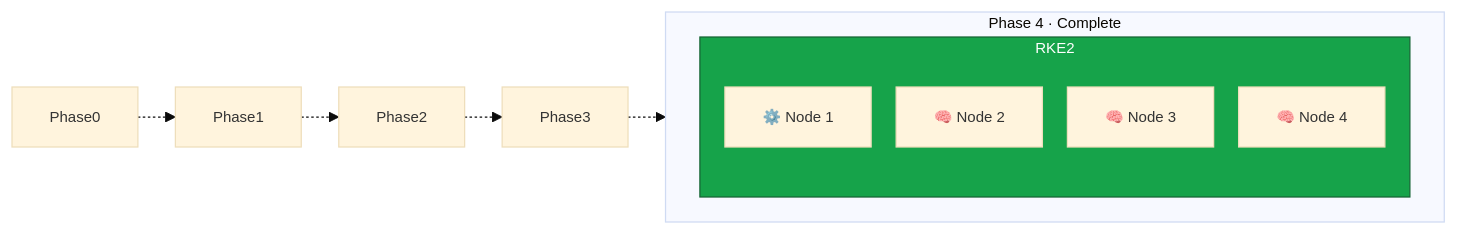
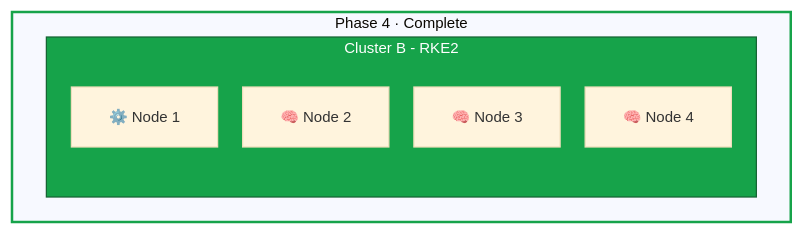
One commit to philprime/philprime.dev changed the second of 2 diagrams in guides/migrating-k3s-to-rke2-without-downtime/lesson-1.md. Above: the diagram before and after it, drawn with Mermaid. The commit also changed 2 other files, not shown here.

Commit message:
shorten lesson-3

````diff
--- a/guides/migrating-k3s-to-rke2-without-downtime/lesson-1.md
+++ b/guides/migrating-k3s-to-rke2-without-downtime/lesson-1.md
@@ -92,49 +92,44 @@
 ```mermaid!
 %%{init: {
   "theme": "base",
   "flowchart": {
     "nodeSpacing": 20,
     "rankSpacing": 30
   },
   "themeVariables": {
     "padding": 6,
     "nodePadding": 6,
     "subGraphPadding": 8,
     "fontSize": "12px"
   }
 }}%%
 
 flowchart LR
 
 %% =========================
 %% Global Styles
 %% =========================
 classDef clusterA fill:#2563eb,color:#ffffff,stroke:#1e40af
 classDef clusterB fill:#16a34a,color:#ffffff,stroke:#166534
 classDef unassigned fill:#9ca3af,color:#ffffff,stroke:#6b7280
 classDef critical stroke:#dc2626,stroke-width:3px
 classDef success stroke:#16a34a,stroke-width:2px
 
 %% =========================
 %% Phase 4 — Migration Complete
 %% =========================
 subgraph Phase4["Phase 4 · Complete"]
   direction LR
 
-  subgraph P4B["RKE2"]
+  subgraph P4B["Cluster B - RKE2"]
     direction TB
     P4B1["⚙️ Node 1"]
     P4B2["🧠 Node 2"]
     P4B3["🧠 Node 3"]
     P4B4["🧠 Node 4"]
   end
 end
 
 class P4B clusterB
 class Phase4 success
-
-%% =========================
-%% Timeline
-%% =========================
-Phase0 -.-> Phase1 -.-> Phase2 -.-> Phase3 -.-> Phase4
 ```
````
